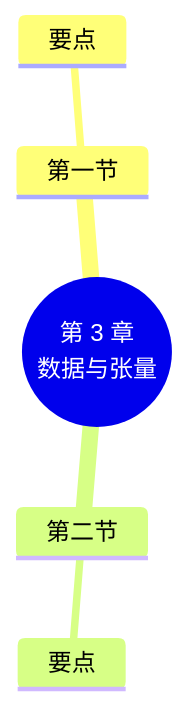
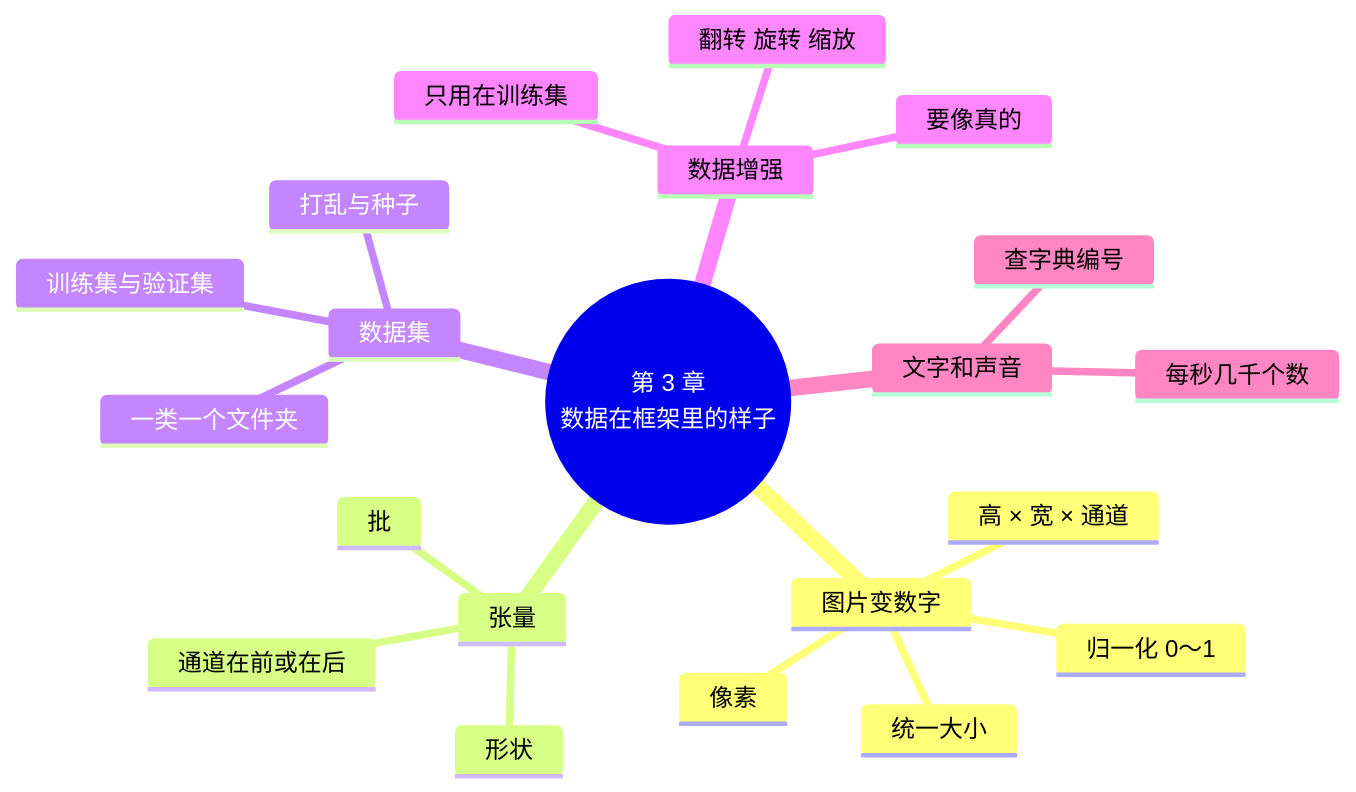
Before and after one commit to MingziFu9/ai-frameworks: the diagram in docs/chapters/03-data/index.md, drawn with Mermaid. The commit also changed other lines of this file and 29 other files, not shown here.

Commit message:
第 3 章：数据在框架里的样子（两版）、图片变数字与数据增强动画

````diff
--- a/docs/chapters/03-data/index.md
+++ b/docs/chapters/03-data/index.md
@@ -185,8 +737,24 @@
 ```mermaid
 mindmap
-  root((第 3 章<br/>数据与张量))
-    第一节
-      要点
-    第二节
-      要点
+  root((第 3 章<br/>数据在框架里的样子))
+    图片变数字
+      像素
+      高 × 宽 × 通道
+      统一大小
+      归一化 0～1
+    张量
+      形状
+      批
+      通道在前或在后
+    数据集
+      一类一个文件夹
+      训练集与验证集
+      打乱与种子
+    数据增强
+      翻转 旋转 缩放
+      要像真的
+      只用在训练集
+    文字和声音
+      查字典编号
+      每秒几千个数
 ```
````
